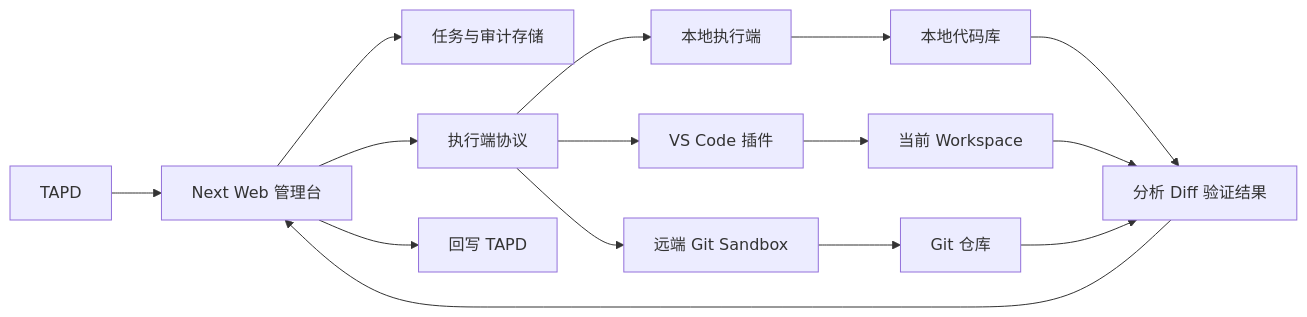
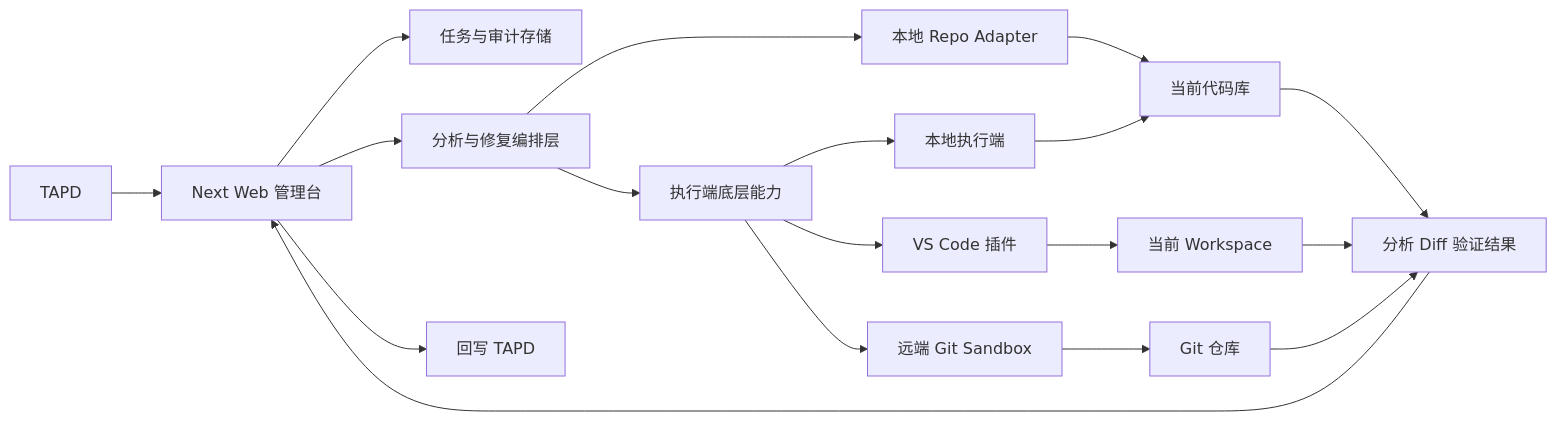
One commit to scizuixiangsis/sunjt-chatbot changed the first of 3 diagrams in bug-agent-architecture-plan.md. Above: the diagram before and after it, drawn with Mermaid. The commit also changed other lines of this file, not shown here.

````diff
--- a/bug-agent-architecture-plan.md
+++ b/bug-agent-architecture-plan.md
@@ -12,17 +13,20 @@
 ```mermaid
 flowchart LR
   tapd["TAPD"] --> web["Next Web 管理台"]
   web --> taskStore["任务与审计存储"]
-  web --> executorApi["执行端协议"]
+  web --> orchestrator["分析与修复编排层"]
+  orchestrator --> localAdapter["本地 Repo Adapter"]
+  orchestrator --> executorApi["执行端底层能力"]
   executorApi --> localExecutor["本地执行端"]
   executorApi --> vscodePlugin["VS Code 插件"]
   executorApi --> gitSandbox["远端 Git Sandbox"]
-  localExecutor --> localRepo["本地代码库"]
+  localAdapter --> localRepo["当前代码库"]
+  localExecutor --> localRepo
   vscodePlugin --> workspace["当前 Workspace"]
   gitSandbox --> remoteRepo["Git 仓库"]
   localRepo --> results["分析 Diff 验证结果"]
   workspace --> results
   remoteRepo --> results
   results --> web
   web --> writeback["回写 TAPD"]
 ```
````
